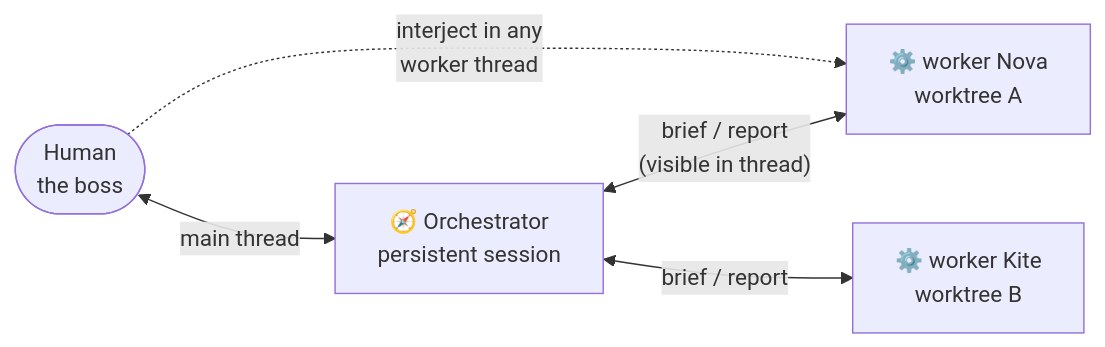
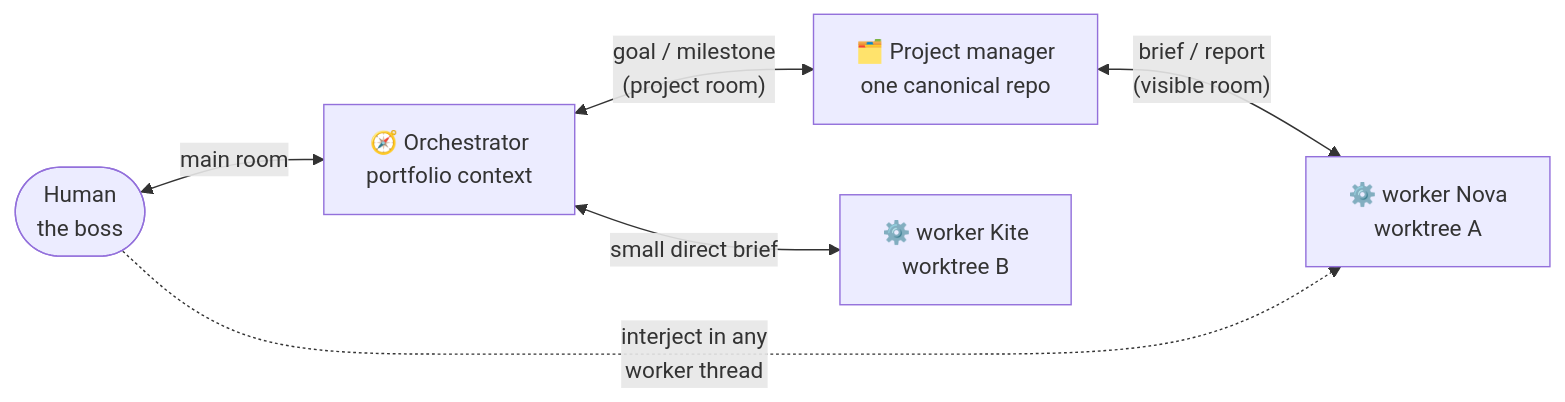
One commit to Dri-water/be-a-boss changed the second of 2 diagrams in docs/architecture.md. Above: the diagram before and after it, drawn with Mermaid. The commit also changed other lines of this file and 27 other files, not shown here.

````diff
--- a/docs/architecture.md
+++ b/docs/architecture.md
@@ -65,7 +72,8 @@
 ```mermaid
 flowchart LR
-    H([Human<br/>the boss]) <-->|main thread| O[🧭 Orchestrator<br/>persistent session]
-    O <-->|"brief / report<br/>(visible in thread)"| C1[⚙️ worker Nova<br/>worktree A]
-    O <-->|"brief / report"| C2[⚙️ worker Kite<br/>worktree B]
+    H([Human<br/>the boss]) <-->|main room| O[🧭 Orchestrator<br/>portfolio context]
+    O <-->|"goal / milestone<br/>(project room)"| PM[🗂️ Project manager<br/>one canonical repo]
+    PM <-->|"brief / report<br/>(visible room)"| C1[⚙️ worker Nova<br/>worktree A]
+    O <-->|"small direct brief"| C2[⚙️ worker Kite<br/>worktree B]
     H -.->|"interject in any<br/>worker thread"| C1
 ```
````
